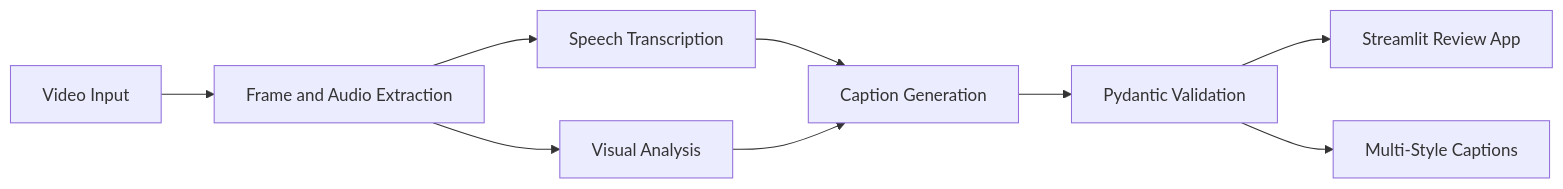
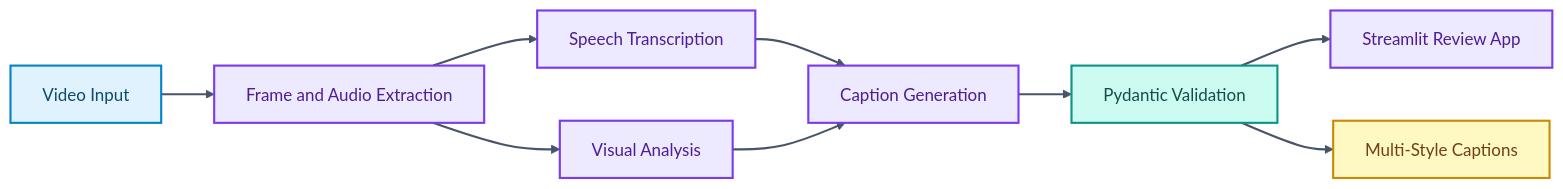
Before and after one commit to skx56/sev-cap: the diagram in README.md, drawn with Mermaid.

Commit message:
Colorize README architecture diagram

````diff
--- a/README.md
+++ b/README.md
@@ -30,11 +30,22 @@
 ```mermaid
 flowchart LR
   Video["Video Input"] --> Extract["Frame and Audio Extraction"]
   Extract --> Transcribe["Speech Transcription"]
   Extract --> Analyze["Visual Analysis"]
   Transcribe --> Caption["Caption Generation"]
   Analyze --> Caption
   Caption --> Schemas["Pydantic Validation"]
   Schemas --> Streamlit["Streamlit Review App"]
   Schemas --> Output["Multi-Style Captions"]
+
+  classDef inputs fill:#E0F2FE,stroke:#0284C7,color:#0C4A6E,stroke-width:2px;
+  classDef process fill:#EDE9FE,stroke:#7C3AED,color:#4C1D95,stroke-width:2px;
+  classDef data fill:#CCFBF1,stroke:#0D9488,color:#134E4A,stroke-width:2px;
+  classDef agent fill:#FCE7F3,stroke:#DB2777,color:#831843,stroke-width:2px;
+  classDef output fill:#FEF9C3,stroke:#CA8A04,color:#713F12,stroke-width:2px;
+  class Video inputs;
+  class Extract,Transcribe,Analyze,Caption,Streamlit process;
+  class Schemas data;
+  class Output output;
+  linkStyle default stroke:#475569,stroke-width:2px;
 ```
````
